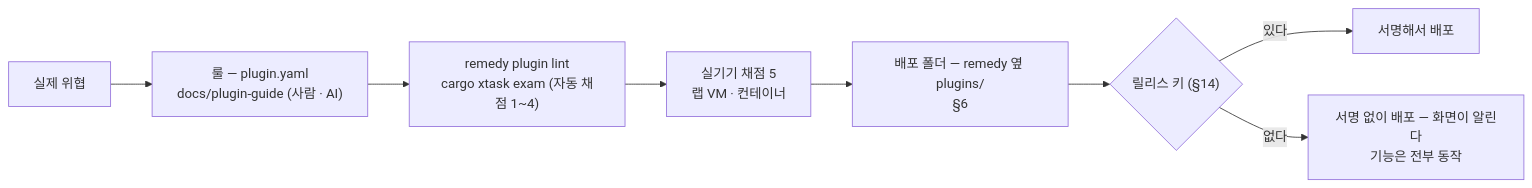
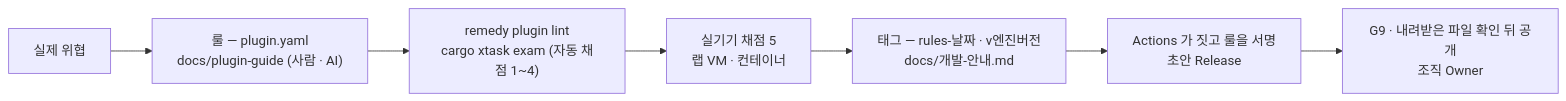
Diagram 21 of 21 in docs/remedy-전체-그림.md (ESTsecurity/remedy), drawn with Mermaid before and after one commit. The commit also changed other lines of this file and 11 other files, not shown here.

````diff
--- a/docs/remedy-전체-그림.md
+++ b/docs/remedy-전체-그림.md
@@ -1020,10 +1025,9 @@
 ```mermaid
 flowchart LR
     T["실제 위협"] --> R["룰 — plugin.yaml<br/>docs/plugin-guide (사람 · AI)"]
     R --> L["remedy plugin lint<br/>cargo xtask exam (자동 채점 1~4)"]
     L --> M["실기기 채점 5<br/>랩 VM · 컨테이너"]
-    M --> P["배포 폴더 — remedy 옆 plugins/<br/>§6"]
-    P --> S{"릴리스 키 (§14)"}
-    S -->|있다| SG["서명해서 배포"]
-    S -->|없다| NS["서명 없이 배포 — 화면이 알린다<br/>기능은 전부 동작"]
+    M --> P["태그 — rules-날짜 · v엔진버전<br/>docs/개발-안내.md"]
+    P --> S["Actions 가 짓고 룰을 서명<br/>초안 Release"]
+    S --> SG["G9 · 내려받은 파일 확인 뒤 공개<br/>조직 Owner"]
 ```
````
